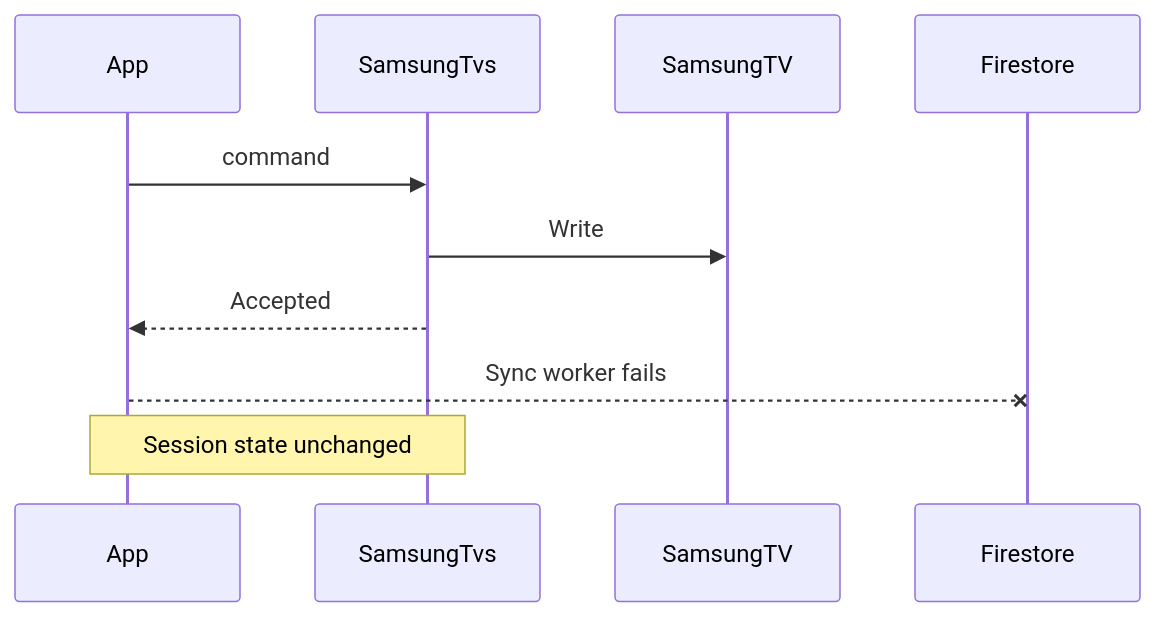
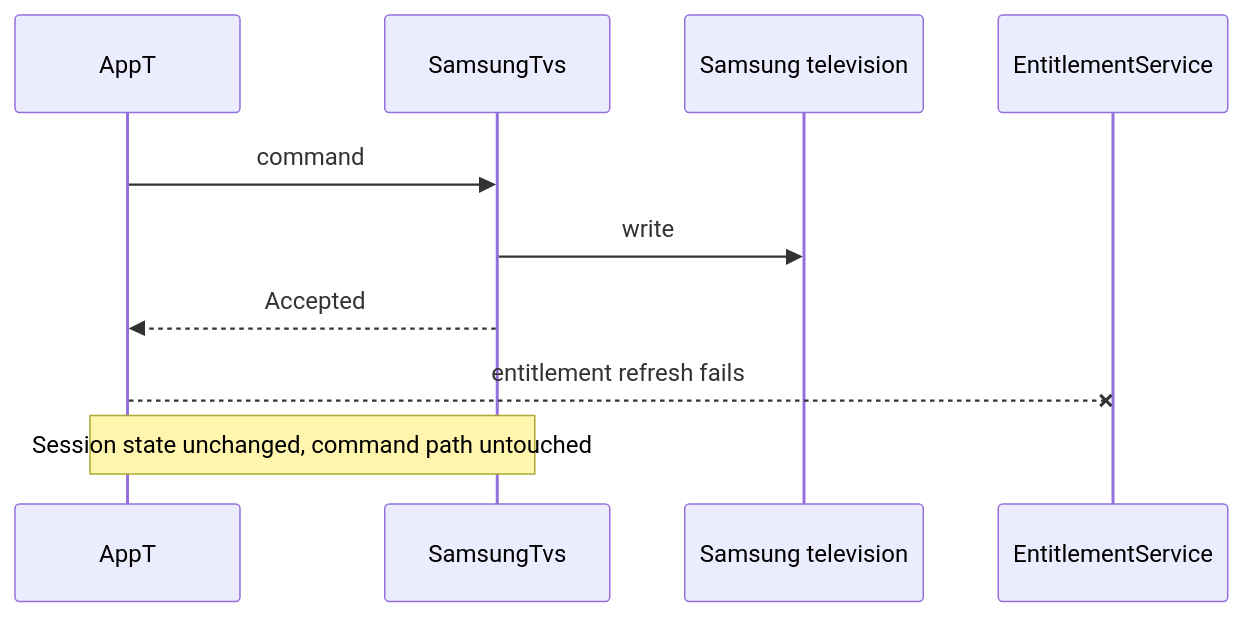
The eighth of 14 diagrams in docs/architecture/flows.md (anthracite-labs/AppT), drawn with Mermaid before and after one commit. The commit also changed other lines of this file and 21 other files, not shown here.

First line of the commit message:
Complete V1 architecture closure and rebuild the implementation slice map

````diff
--- a/docs/architecture/flows.md
+++ b/docs/architecture/flows.md
@@ -83,12 +220,12 @@
 ```mermaid
 sequenceDiagram
-  participant App
+  participant App as AppT
   participant Samsung as SamsungTvs
-  participant TV as SamsungTV
-  participant Cloud as Firestore
+  participant TV as Samsung television
+  participant Fn as EntitlementService
   App->>Samsung: command
-  Samsung->>TV: Write
+  Samsung->>TV: write
   Samsung-->>App: Accepted
-  App --x Cloud: Sync worker fails
-  Note over App,Samsung: Session state unchanged
+  App--xFn: entitlement refresh fails
+  Note over App,Samsung: Session state unchanged, command path untouched
 ```
````
